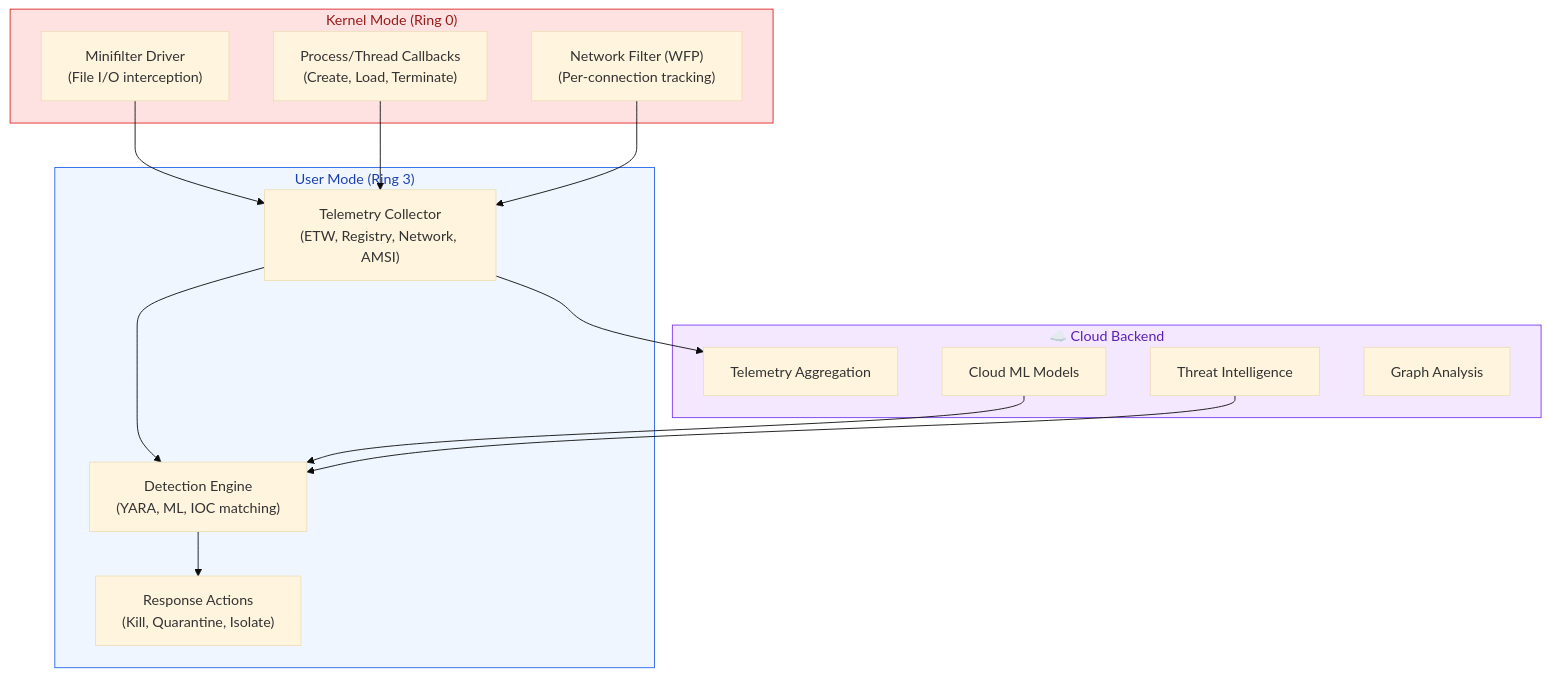
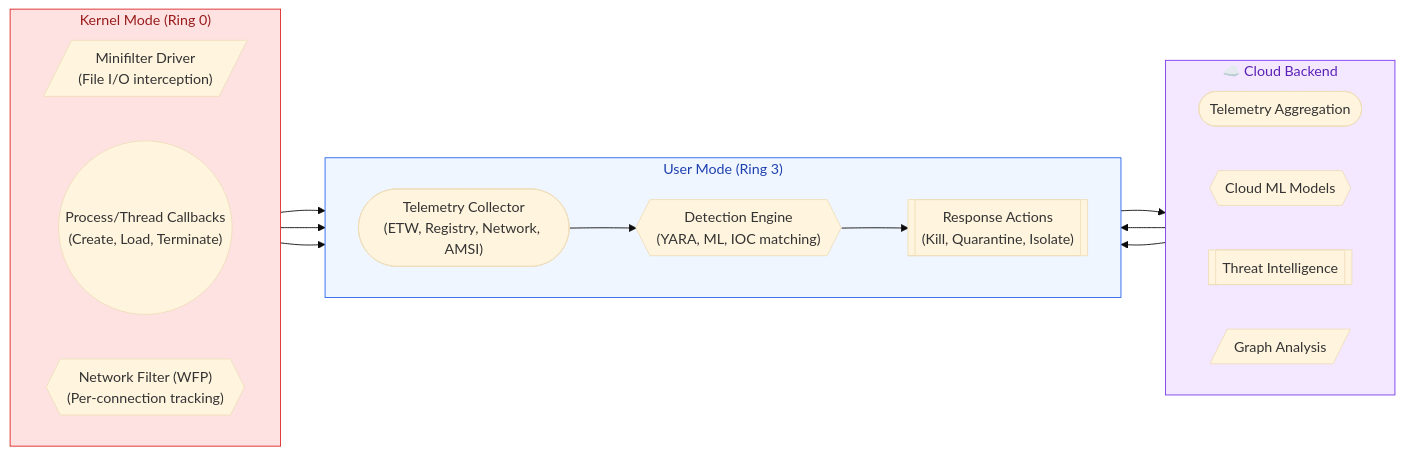
One commit to saivamsikaruturi/vamsilabs-dev-notes-main changed the second of 2 diagrams in docs/os/os-security.md. Above: the diagram before and after it, drawn with Mermaid (base theme). The commit also changed other lines of this file and 146 other files, not shown here.

Commit message:
Horizontal diagrams, UML class diagrams, typography overhaul, and permalink cleanup

````diff
--- a/docs/os/os-security.md
+++ b/docs/os/os-security.md
@@ -160,34 +160,37 @@
 ```mermaid
-graph TB
+flowchart LR
     subgraph Cloud["☁️ Cloud Backend"]
-        CA["Telemetry Aggregation"]
-        CML["Cloud ML Models"]
-        TI["Threat Intelligence"]
-        GA["Graph Analysis"]
+        direction LR
+        CA(["Telemetry Aggregation"])
+        CML{{"Cloud ML Models"}}
+        TI[["Threat Intelligence"]]
+        GA[/"Graph Analysis"/]
     end
 
     subgraph UM["User Mode (Ring 3)"]
-        TC["Telemetry Collector\n(ETW, Registry, Network, AMSI)"]
-        DE["Detection Engine\n(YARA, ML, IOC matching)"]
-        RA["Response Actions\n(Kill, Quarantine, Isolate)"]
+        direction LR
+        TC(["Telemetry Collector\n(ETW, Registry, Network, AMSI)"])
+        DE{{"Detection Engine\n(YARA, ML, IOC matching)"}}
+        RA[["Response Actions\n(Kill, Quarantine, Isolate)"]]
     end
 
     subgraph KM["Kernel Mode (Ring 0)"]
-        MF["Minifilter Driver\n(File I/O interception)"]
-        PC["Process/Thread Callbacks\n(Create, Load, Terminate)"]
-        WFP["Network Filter (WFP)\n(Per-connection tracking)"]
+        direction LR
+        MF[/"Minifilter Driver\n(File I/O interception)"/]
+        PC(("Process/Thread Callbacks\n(Create, Load, Terminate)"))
+        WFP{{"Network Filter (WFP)\n(Per-connection tracking)"}}
     end
 
     MF --> TC
     PC --> TC
     WFP --> TC
     TC --> DE
     DE --> RA
     TC --> CA
     CML --> DE
     TI --> DE
 
     style Cloud fill:#F3E8FF,stroke:#7C3AED,color:#5B21B6
     style UM fill:#EFF6FF,stroke:#2563EB,color:#1E40AF
     style KM fill:#FEE2E2,stroke:#DC2626,color:#991B1B
 ```
````
